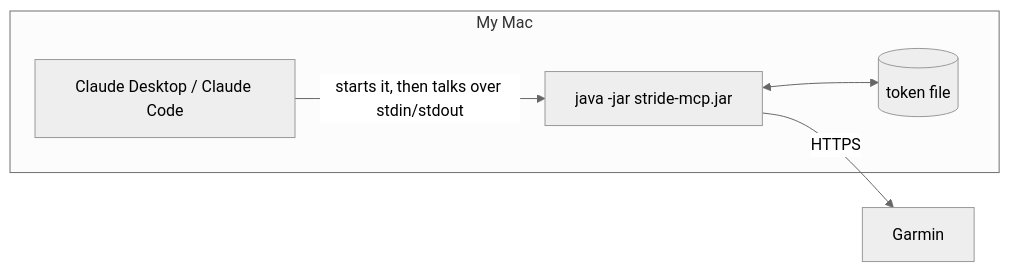
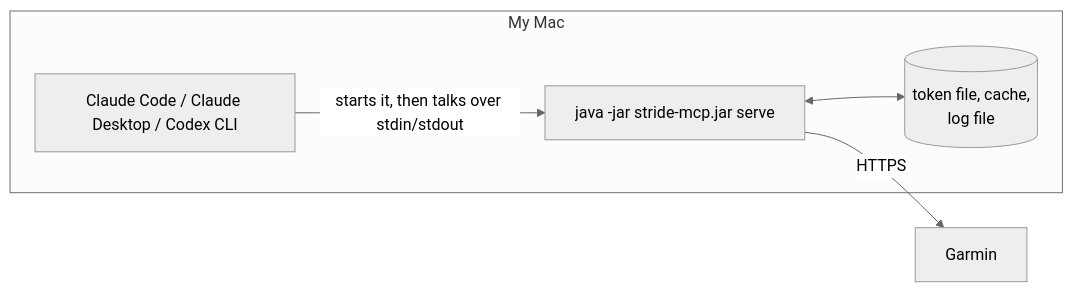
The diagram in docs/running.md (JamesRepo/stride-mcp), drawn with Mermaid (neutral theme) before and after one commit. The commit also changed other lines of this file and 4 other files, not shown here.

Commit message:
Document how to add serve to Claude Code, Claude Desktop and Codex CLI

````diff
--- a/docs/running.md
+++ b/docs/running.md
@@ -29,8 +29,8 @@
 ```mermaid
 flowchart LR
     subgraph mac["My Mac"]
-        AI["Claude Desktop / Claude Code"] -- "starts it, then talks over stdin/stdout" --> S["java -jar stride-mcp.jar"]
-        S <--> T[("token file")]
+        AI["Claude Code / Claude Desktop / Codex CLI"] -- "starts it, then talks over stdin/stdout" --> S["java -jar stride-mcp.jar serve"]
+        S <--> T[("token file, cache,<br/>log file")]
     end
     S -- HTTPS --> G["Garmin"]
 ```
````
